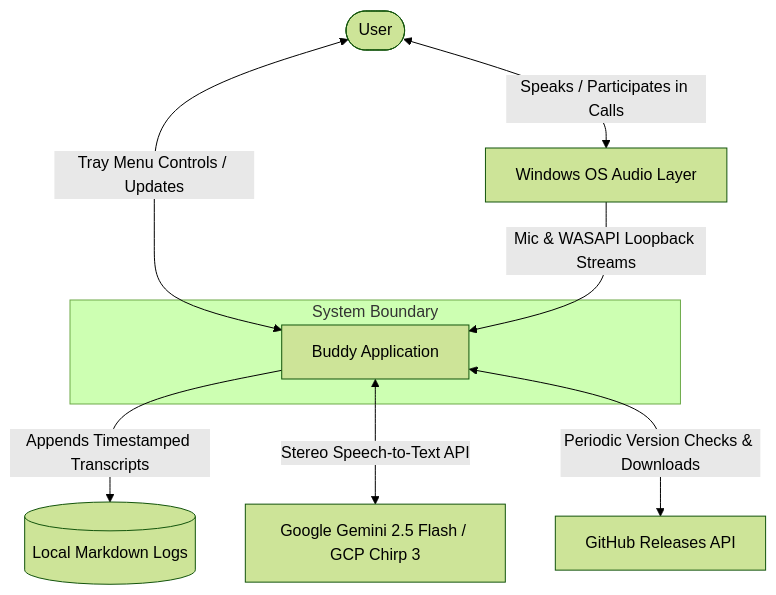
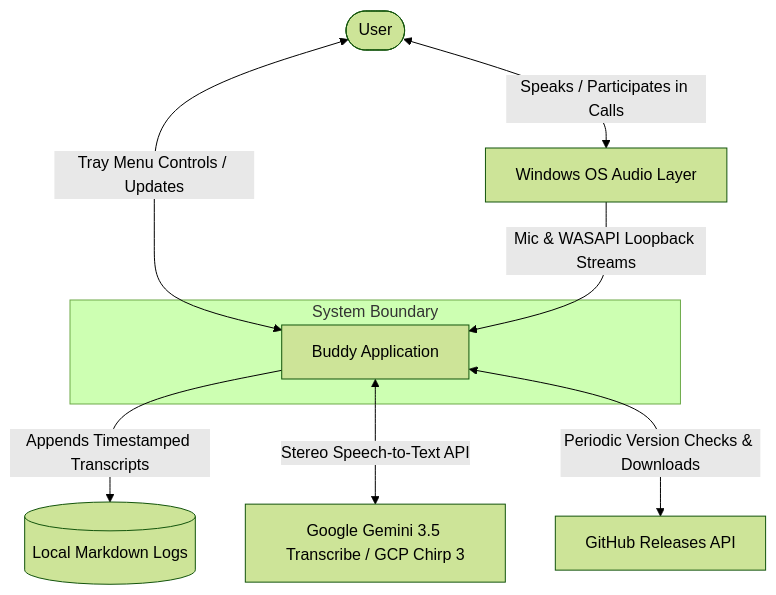
The first of 3 diagrams in system-design.md (shuaiyuancn/buddy), drawn with Mermaid (forest theme) before and after one commit. The commit also changed other lines of this file and 9 other files, not shown here.

Commit message:
feat: integrate Gemini 3.5 Transcribe as default STT model with config override

````diff
--- a/system-design.md
+++ b/system-design.md
@@ -19,14 +19,14 @@
 ```mermaid
 graph TD
     User([User]) <-->|Speaks / Participates in Calls| WindowsOS[Windows OS Audio Layer]
     User <-->|Tray Menu Controls / Updates| BuddyApp[Buddy Application]
     
     subgraph System Boundary
         BuddyApp
     end
 
     WindowsOS -->|Mic & WASAPI Loopback Streams| BuddyApp
     BuddyApp -->|Appends Timestamped Transcripts| LocalStore[(Local Markdown Logs)]
-    BuddyApp <-->|Stereo Speech-to-Text API| Gemini[Google Gemini 2.5 Flash / GCP Chirp 3]
+    BuddyApp <-->|Stereo Speech-to-Text API| Gemini[Google Gemini 3.5 Transcribe / GCP Chirp 3]
     BuddyApp <-->|Periodic Version Checks & Downloads| GitHub[GitHub Releases API]
 ```
````
